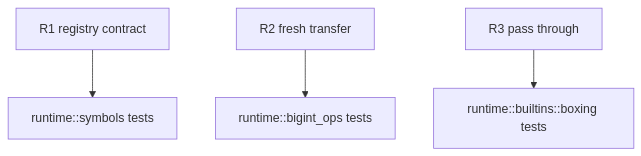
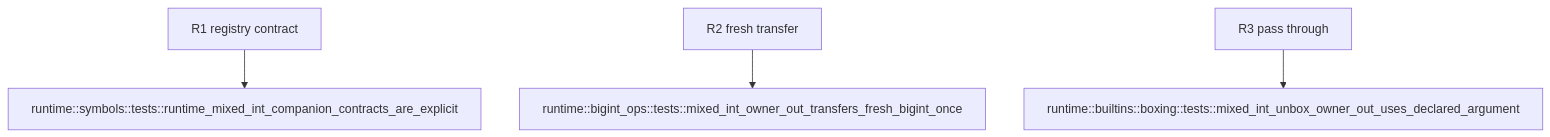
The second of 2 diagrams in .aw/tech-design/projects/mamba/logic/mamba-strict-type-expose-runtime-mixed-int-owner-sidecars.md (chrischeng-c4/axiom), drawn with Mermaid before and after one commit. The commit also changed other lines of this file, not shown here.

````diff
--- a/.aw/tech-design/projects/mamba/logic/mamba-strict-type-expose-runtime-mixed-int-owner-sidecars.md
+++ b/.aw/tech-design/projects/mamba/logic/mamba-strict-type-expose-runtime-mixed-int-owner-sidecars.md
@@ -16,28 +65,28 @@
 ```mermaid
 ---
 id: mamba-strict-type-runtime-mixed-int-owner-sidecar-verification
 requirements:
-  registry_contract:
-    id: R1
-    text: "Every registered RawOrBoxedInt helper has its declared companion source, while non-Int and dynamic helpers have no mixed-Int sidecar."
-    kind: regression
-    risk: high
-    verify: runtime::symbols::tests::runtime_mixed_int_companion_contracts_are_explicit
   fresh_transfer:
     id: R2
     text: "Overflowing power and BigInt arithmetic publish exactly their one fresh BigInt owner; raw results publish none."
     kind: functional
     risk: high
     verify: runtime::bigint_ops::tests::mixed_int_owner_out_transfers_fresh_bigint_once
   pass_through:
     id: R3
     text: "Smart unbox selects its declared argument companion even when the result bits are raw, without type or tag inference."
     kind: regression
     risk: high
     verify: runtime::builtins::boxing::tests::mixed_int_unbox_owner_out_uses_declared_argument
+  registry_contract:
+    id: R1
+    text: "Every registered RawOrBoxedInt helper has its declared companion source, while non-Int and dynamic helpers have no mixed-Int sidecar."
+    kind: regression
+    risk: high
+    verify: runtime::symbols::tests::runtime_mixed_int_companion_contracts_are_explicit
 ---
 flowchart TD
-    r1[R1 registry contract] --> symbols[runtime::symbols tests]
-    r2[R2 fresh transfer] --> bigint[runtime::bigint_ops tests]
-    r3[R3 pass through] --> boxing[runtime::builtins::boxing tests]
+    r1[R1 registry contract] --> runtime_symbols_tests_runtime_mixed_int_companion_contracts_are_explicit[runtime::symbols::tests::runtime_mixed_int_companion_contracts_are_explicit]
+    r2[R2 fresh transfer] --> runtime_bigint_ops_tests_mixed_int_owner_out_transfers_fresh_bigint_once[runtime::bigint_ops::tests::mixed_int_owner_out_transfers_fresh_bigint_once]
+    r3[R3 pass through] --> runtime_builtins_boxing_tests_mixed_int_unbox_owner_out_uses_declared_argument[runtime::builtins::boxing::tests::mixed_int_unbox_owner_out_uses_declared_argument]
 ```
````
